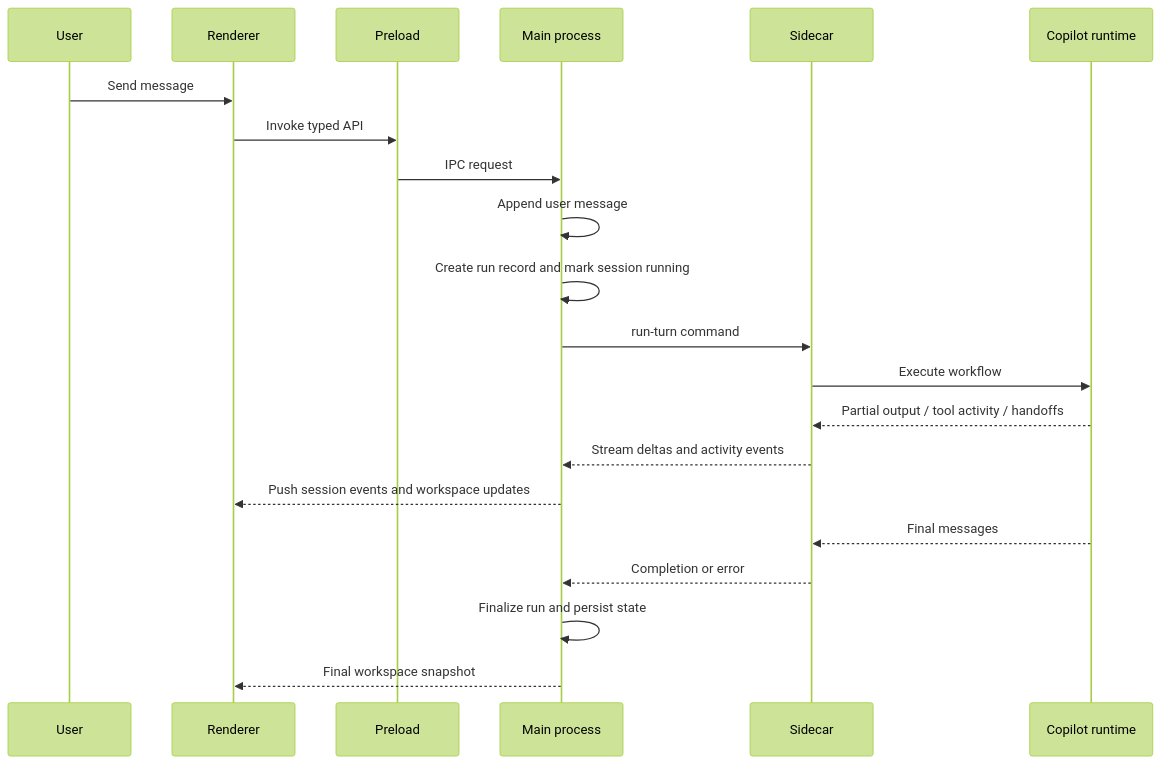
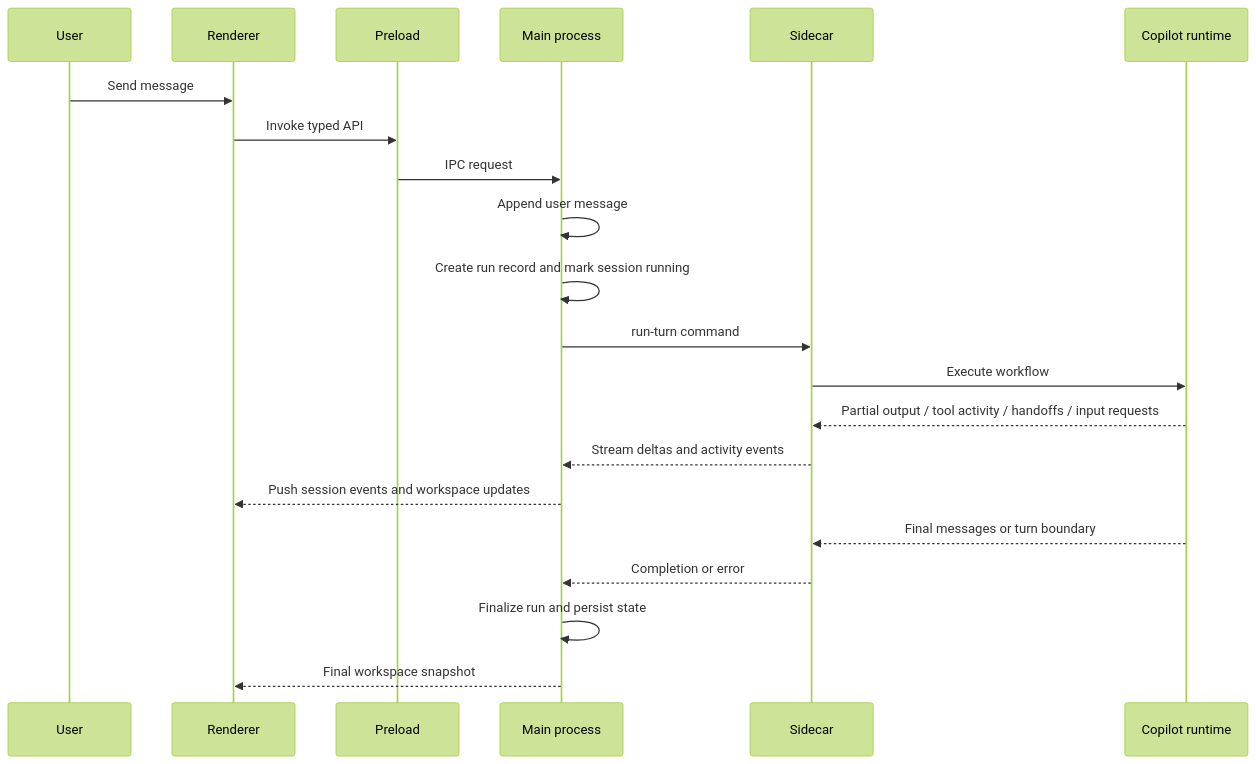
One commit to davidkaya/aryx changed the second of 2 diagrams in ARCHITECTURE.md. Above: the diagram before and after it, drawn with Mermaid (forest theme). The commit also changed other lines of this file and 6 other files, not shown here.

````diff
--- a/ARCHITECTURE.md
+++ b/ARCHITECTURE.md
@@ -79,24 +79,24 @@
 ```mermaid
 sequenceDiagram
     participant U as User
     participant R as Renderer
     participant P as Preload
     participant M as Main process
     participant S as Sidecar
     participant C as Copilot runtime
 
     U->>R: Send message
     R->>P: Invoke typed API
     P->>M: IPC request
     M->>M: Append user message
     M->>M: Create run record and mark session running
     M->>S: run-turn command
     S->>C: Execute workflow
-    C-->>S: Partial output / tool activity / handoffs
+    C-->>S: Partial output / tool activity / handoffs / input requests
     S-->>M: Stream deltas and activity events
     M-->>R: Push session events and workspace updates
-    C-->>S: Final messages
+    C-->>S: Final messages or turn boundary
     S-->>M: Completion or error
     M->>M: Finalize run and persist state
     M-->>R: Final workspace snapshot
 ```
````
